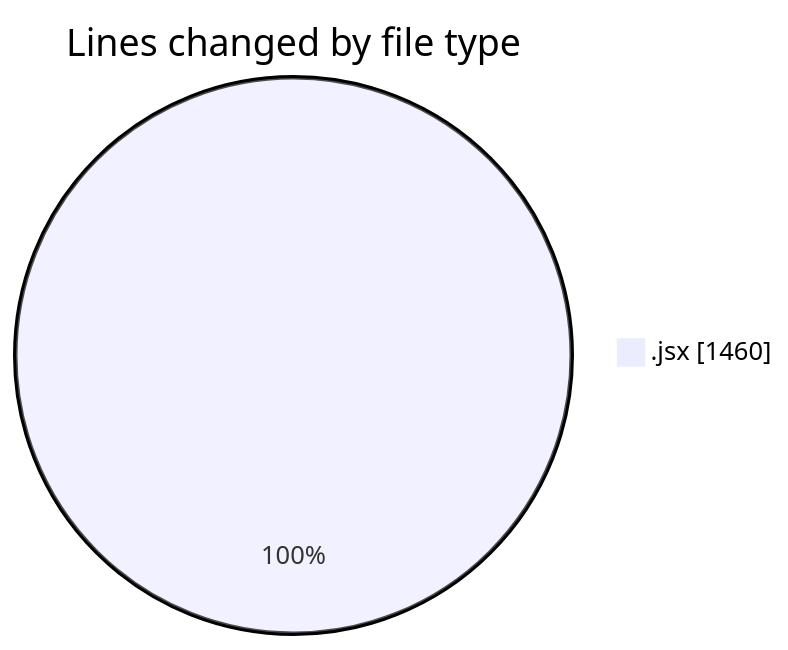
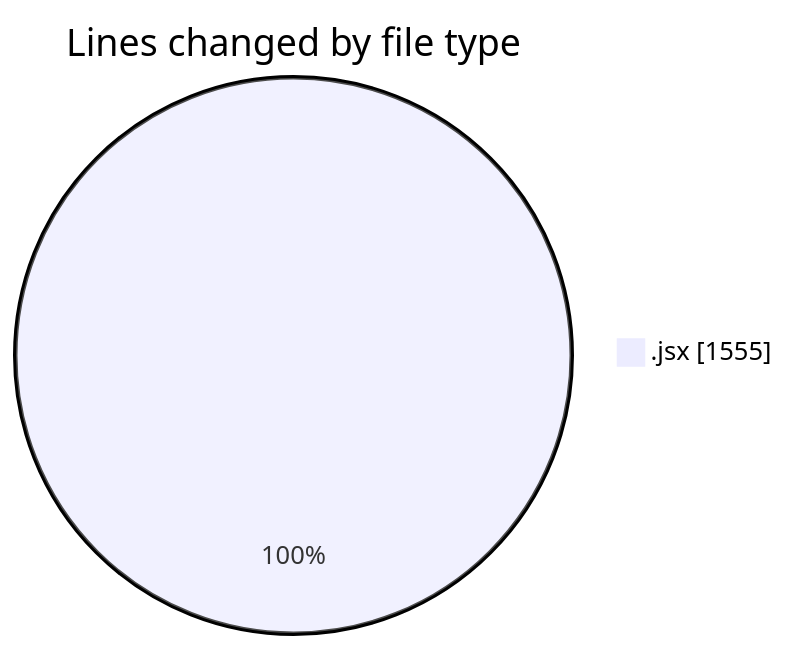
One commit to nxtqubesakshisongat/code-tracking changed the first of 2 diagrams in 2025-12-24/nxtqube_webapp/README.md. Above: the diagram before and after it, drawn with Mermaid. The commit also changed other lines of this file and 1 other file, not shown here.

````diff
--- a/2025-12-24/nxtqube_webapp/README.md
+++ b/2025-12-24/nxtqube_webapp/README.md
@@ -20,5 +20,5 @@
 ```mermaid
 pie showData
 title Lines changed by file type
-".jsx" : 1460
+".jsx" : 1555
 ```
````
